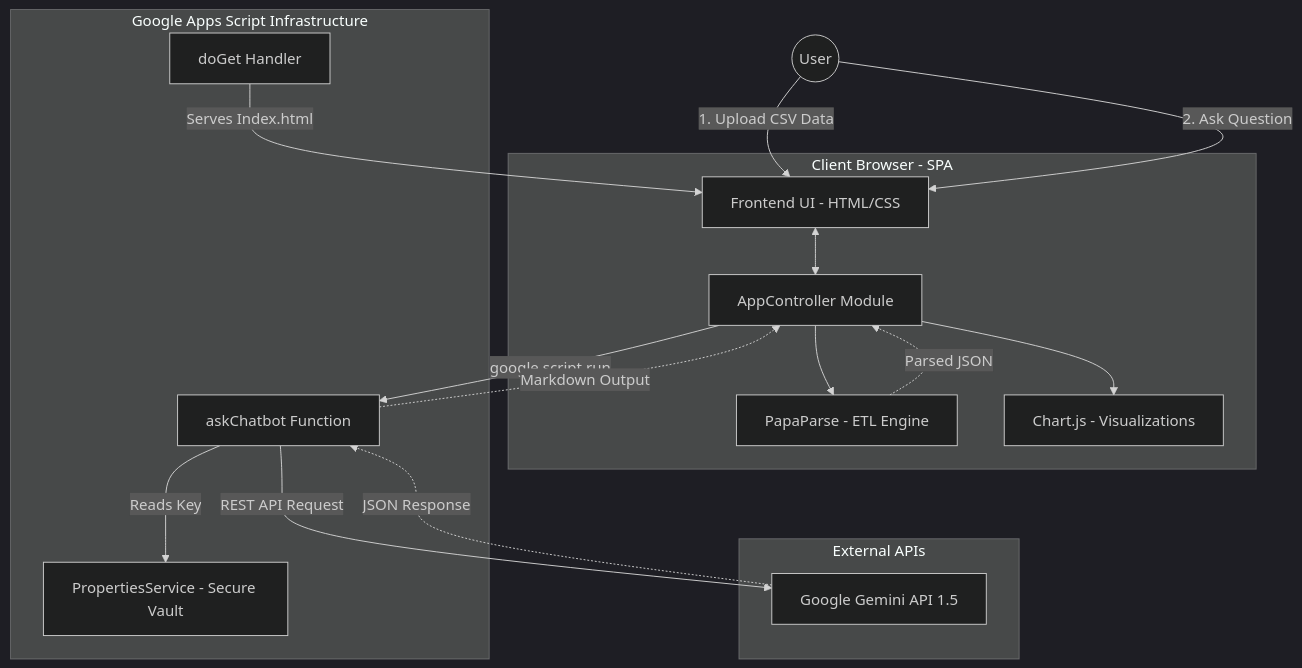
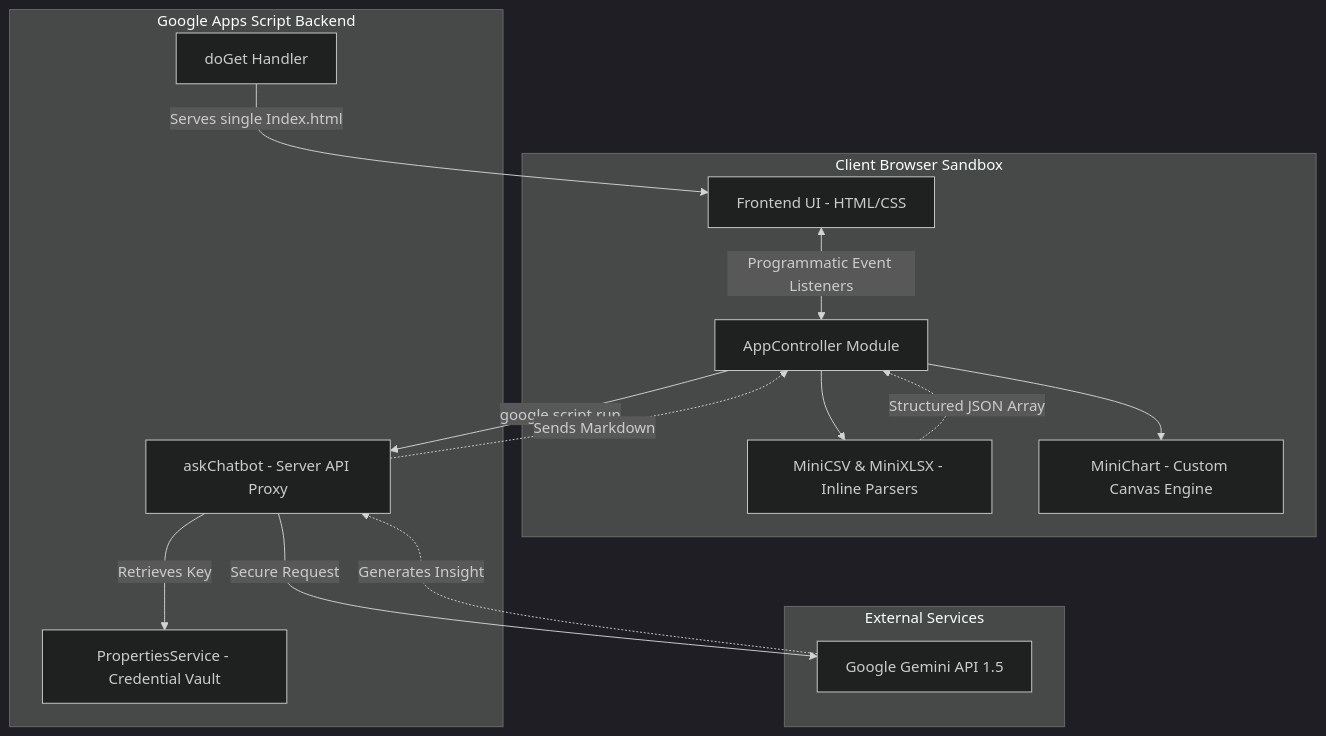
One commit to Sohila-Khaled-Abbas/hr-analytics-hub changed the diagram in docs/architecture.md. Above: the diagram before and after it, drawn with Mermaid (dark theme). The commit also changed other lines of this file and 4 other files, not shown here.

````diff
--- a/docs/architecture.md
+++ b/docs/architecture.md
@@ -7,38 +7,32 @@
 ```mermaid
 graph TD
-    subgraph Client [Client Browser - SPA]
+    subgraph Client [Client Browser Sandbox]
         UI[Frontend UI - HTML/CSS]
         AppCtrl[AppController Module]
-        Papa[PapaParse - ETL Engine]
-        ChartJS[Chart.js - Visualizations]
+        Parser[MiniCSV & MiniXLSX - Inline Parsers]
+        ChartEngine[MiniChart - Custom Canvas Engine]
         
-        UI <--> AppCtrl
-        AppCtrl --> Papa
-        Papa -.->|Parsed JSON| AppCtrl
-        AppCtrl --> ChartJS
+        UI <-->|Programmatic Event Listeners| AppCtrl
+        AppCtrl --> Parser
+        Parser -.->|Structured JSON Array| AppCtrl
+        AppCtrl --> ChartEngine
     end
 
-    subgraph Google Servers [Google Apps Script Infrastructure]
+    subgraph Google Servers [Google Apps Script Backend]
         GAS[doGet Handler]
-        PropService[PropertiesService - Secure Vault]
-        AIHandler[askChatbot Function]
+        PropService[PropertiesService - Credential Vault]
+        AIHandler[askChatbot - Server API Proxy]
+      
+        GAS -->|Serves single Index.html| UI
     end
 
-    subgraph External APIs
+    subgraph External Services
         Gemini[Google Gemini API 1.5]
     end
 
-    %% Initial Load
-    GAS -->|Serves Index.html| UI
-
-    %% User Actions
-    User((User)) -->|1. Upload CSV Data| UI
-    User -->|2. Ask Question| UI
-    
-    %% API Interactions
     AppCtrl -->|google.script.run| AIHandler
-    AIHandler -->|Reads Key| PropService
-    AIHandler -->|REST API Request| Gemini
-    Gemini -.->|JSON Response| AIHandler
-    AIHandler -.->|Markdown Output| AppCtrl
+    AIHandler -->|Retrieves Key| PropService
+    AIHandler -->|Secure Request| Gemini
+    Gemini -.->|Generates Insight| AIHandler
+    AIHandler -.->|Sends Markdown| AppCtrl
 ```
````
